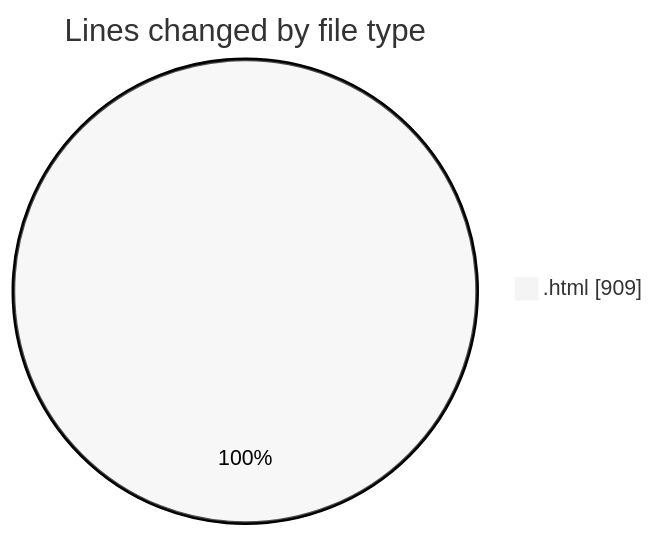
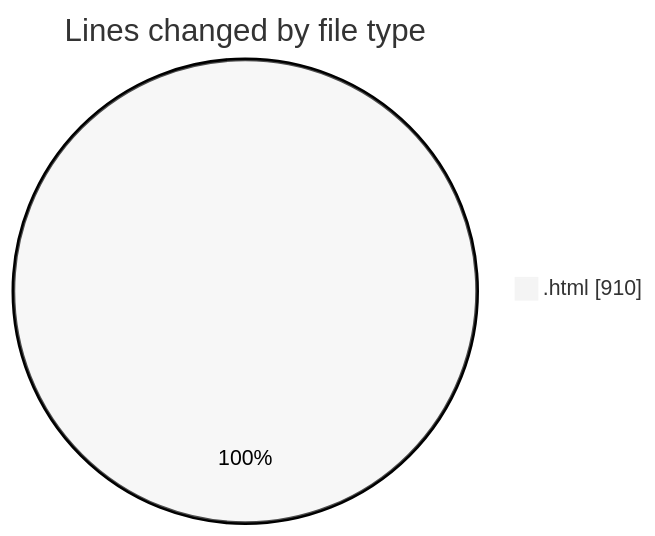
The first of 2 diagrams in 2025-12-10/www/README.md (vahidmafi/code-tracking), drawn with Mermaid (neutral theme) before and after one commit. The commit also changed other lines of this file and 1 other file, not shown here.

````diff
--- a/2025-12-10/www/README.md
+++ b/2025-12-10/www/README.md
@@ -20,5 +20,5 @@
 ```mermaid
 pie showData
 title Lines changed by file type
-".html" : 909
+".html" : 910
 ```
````
